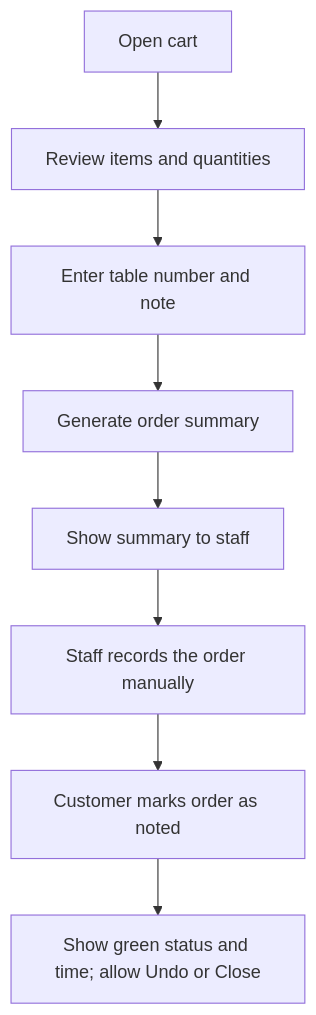
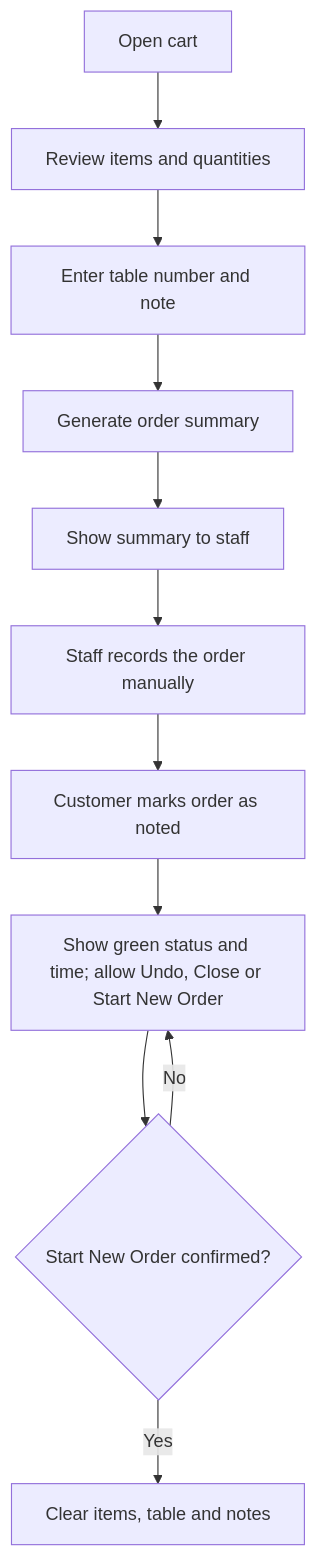
One commit to THORNG-VANTHIEV/e_menu changed the second of 3 diagrams in e_menu_pwa_full_specification.md. Above: the diagram before and after it, drawn with Mermaid. The commit also changed other lines of this file and 11 other files, not shown here.

````diff
--- a/e_menu_pwa_full_specification.md
+++ b/e_menu_pwa_full_specification.md
@@ -201,10 +201,13 @@
 ```mermaid
 flowchart TD
     A["Open cart"] --> B["Review items and quantities"]
     B --> C["Enter table number and note"]
     C --> D["Generate order summary"]
     D --> E["Show summary to staff"]
     E --> F["Staff records the order manually"]
     F --> G["Customer marks order as noted"]
-    G --> H["Show green status and time; allow Undo or Close"]
+    G --> H["Show green status and time; allow Undo, Close or Start New Order"]
+    H --> I{"Start New Order confirmed?"}
+    I -->|No| H
+    I -->|Yes| J["Clear items, table and notes"]
 ```
````
